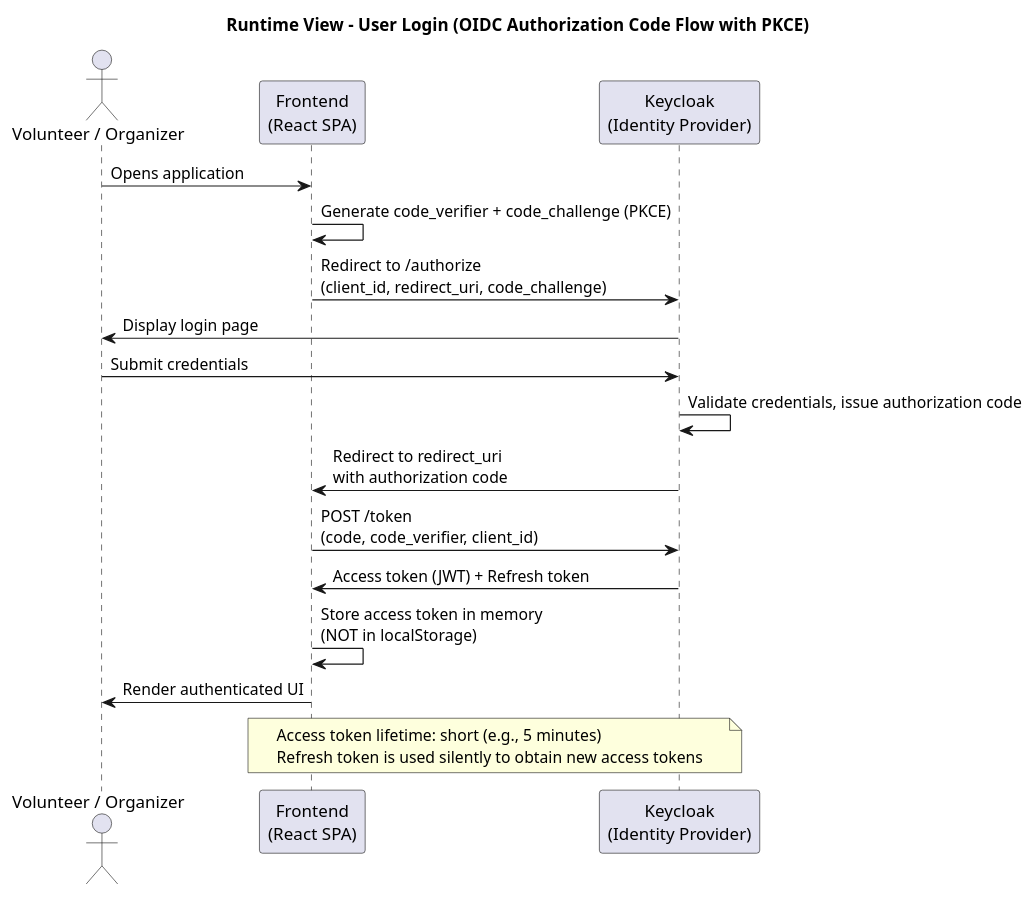
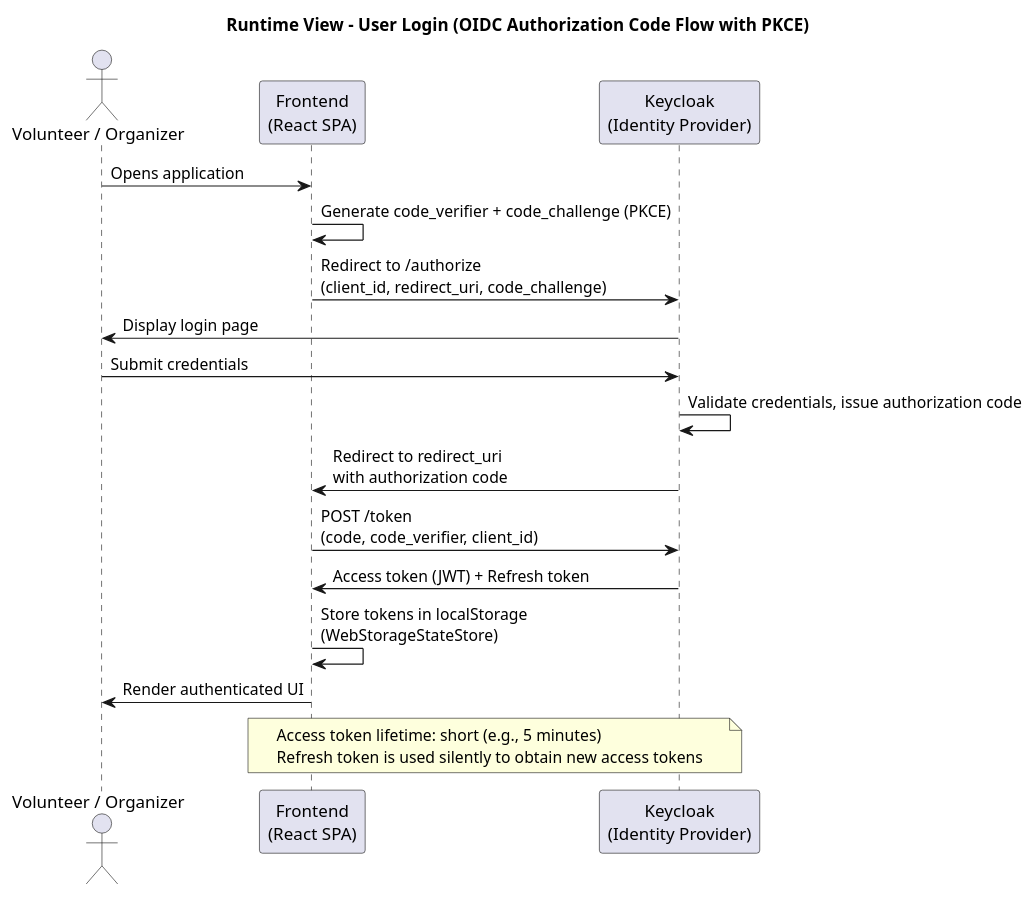
One commit to maik-hasler/einsatzbereit changed the diagram in docs/Architecture/images/runtime-login.puml. Above: the diagram before and after it, drawn with PlantUML. The commit also changed 27 other files, not shown here.

```diff
--- a/docs/Architecture/images/runtime-login.puml
+++ b/docs/Architecture/images/runtime-login.puml
@@ -1,26 +1,26 @@
 @startuml Login Flow
 
 title Runtime View - User Login (OIDC Authorization Code Flow with PKCE)
 
 actor "Volunteer / Organizer" as user
 participant "Frontend\n(React SPA)" as frontend
 participant "Keycloak\n(Identity Provider)" as keycloak
 
 user -> frontend: Opens application
 frontend -> frontend: Generate code_verifier + code_challenge (PKCE)
 frontend -> keycloak: Redirect to /authorize\n(client_id, redirect_uri, code_challenge)
 keycloak -> user: Display login page
 user -> keycloak: Submit credentials
 keycloak -> keycloak: Validate credentials, issue authorization code
 keycloak -> frontend: Redirect to redirect_uri\nwith authorization code
 frontend -> keycloak: POST /token\n(code, code_verifier, client_id)
 keycloak -> frontend: Access token (JWT) + Refresh token
-frontend -> frontend: Store access token in memory\n(NOT in localStorage)
+frontend -> frontend: Store tokens in localStorage\n(WebStorageStateStore)
 frontend -> user: Render authenticated UI
 
 note over frontend,keycloak
 	Access token lifetime: short (e.g., 5 minutes)
 	Refresh token is used silently to obtain new access tokens
 end note
 
 @enduml
```
